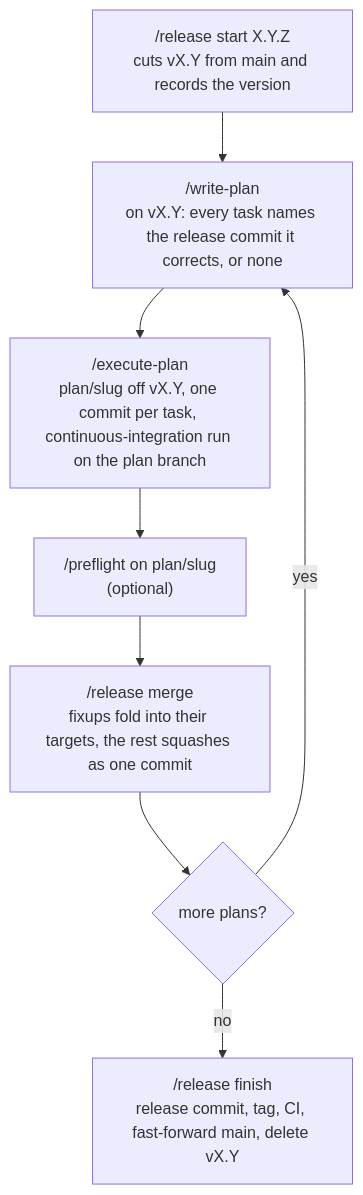
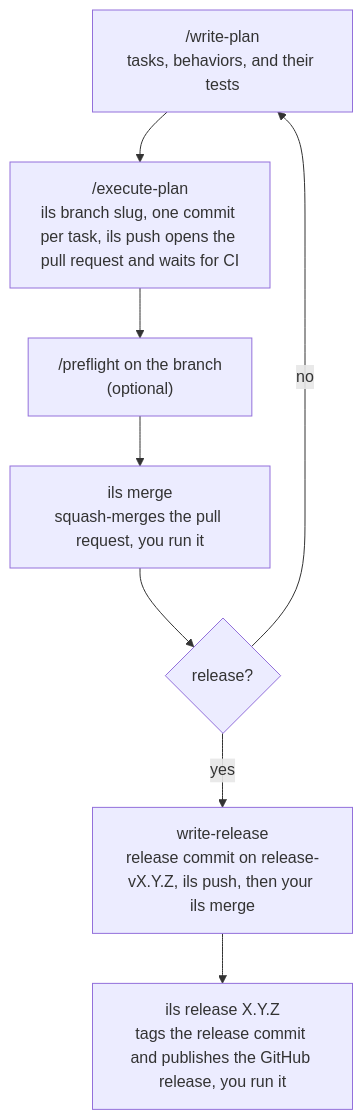
One commit to jeffzi/.claude changed the diagram in docs/release-flow.md. Above: the diagram before and after it, drawn with Mermaid. The commit also changed other lines of this file and 40 other files, not shown here.

````diff
--- a/docs/release-flow.md
+++ b/docs/release-flow.md
@@ -57,10 +34,10 @@
 ```mermaid
 flowchart TD
-  A["/release start X.Y.Z<br/>cuts vX.Y from main and records the version"] --> B
-  B["/write-plan<br/>on vX.Y: every task names the release commit it corrects, or none"] --> C
-  C["/execute-plan<br/>plan/slug off vX.Y, one commit per task, continuous-integration run on the plan branch"] --> D
-  D["/preflight on plan/slug<br/>(optional)"] --> E
-  E["/release merge<br/>fixups fold into their targets, the rest squashes as one commit"] --> F{more plans?}
-  F -- yes --> B
-  F -- no --> G["/release finish<br/>release commit, tag, CI, fast-forward main, delete vX.Y"]
+  A["/write-plan<br/>tasks, behaviors, and their tests"] --> B
+  B["/execute-plan<br/>ils branch slug, one commit per task, ils push opens the pull request and waits for CI"] --> C
+  C["/preflight on the branch<br/>(optional)"] --> D
+  D["ils merge<br/>squash-merges the pull request, you run it"] --> E{release?}
+  E -- no --> A
+  E -- yes --> F["write-release<br/>release commit on release-vX.Y.Z, ils push, then your ils merge"]
+  F --> G["ils release X.Y.Z<br/>tags the release commit and publishes the GitHub release, you run it"]
 ```
````
